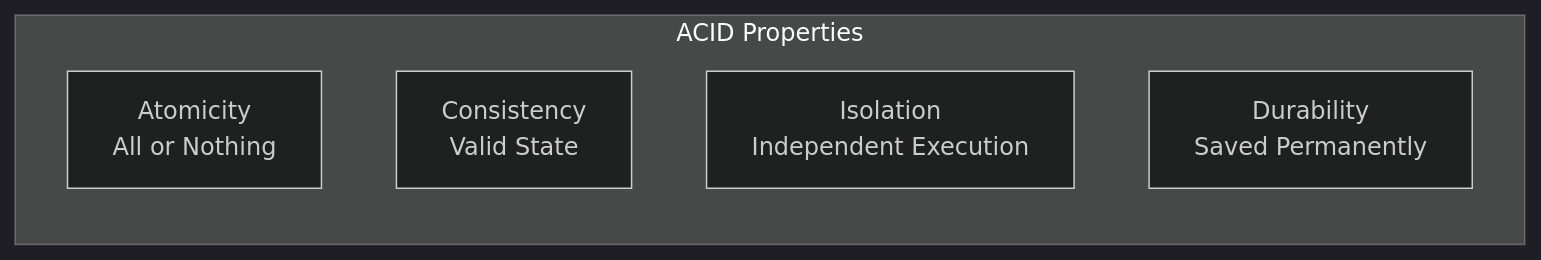
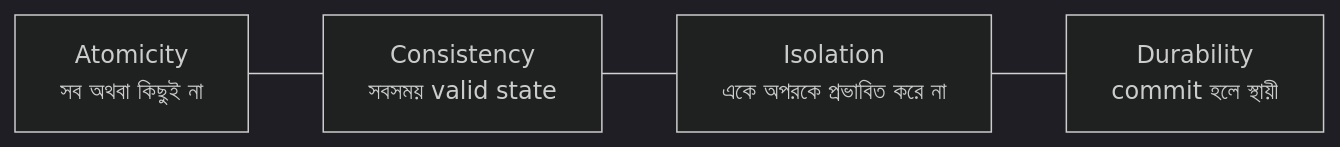
The fifth of 7 diagrams in manuscript/part-2-data/ch04-database-design-fundamentals.md (sajidur/Book), drawn with Mermaid (dark theme) before and after one commit. The commit also changed other lines of this file and 144 other files, not shown here.

````diff
--- a/manuscript/part-2-data/ch04-database-design-fundamentals.md
+++ b/manuscript/part-2-data/ch04-database-design-fundamentals.md
@@ -145,9 +215,9 @@
 ```mermaid
-graph LR
-    subgraph ACID Properties
-        A[Atomicity<br/>All or Nothing]
-        C[Consistency<br/>Valid State]
-        I[Isolation<br/>Independent Execution]
-        D[Durability<br/>Saved Permanently]
-    end
+%% caption: ACID-এর চারটি নিশ্চয়তা
+flowchart LR
+    A["Atomicity<br/>সব অথবা কিছুই না"]:::svc
+    C["Consistency<br/>সবসময় valid state"]:::db
+    I["Isolation<br/>একে অপরকে প্রভাবিত করে না"]:::cache
+    D["Durability<br/>commit হলে স্থায়ী"]:::good
+    A --- C --- I --- D
 ```
````
